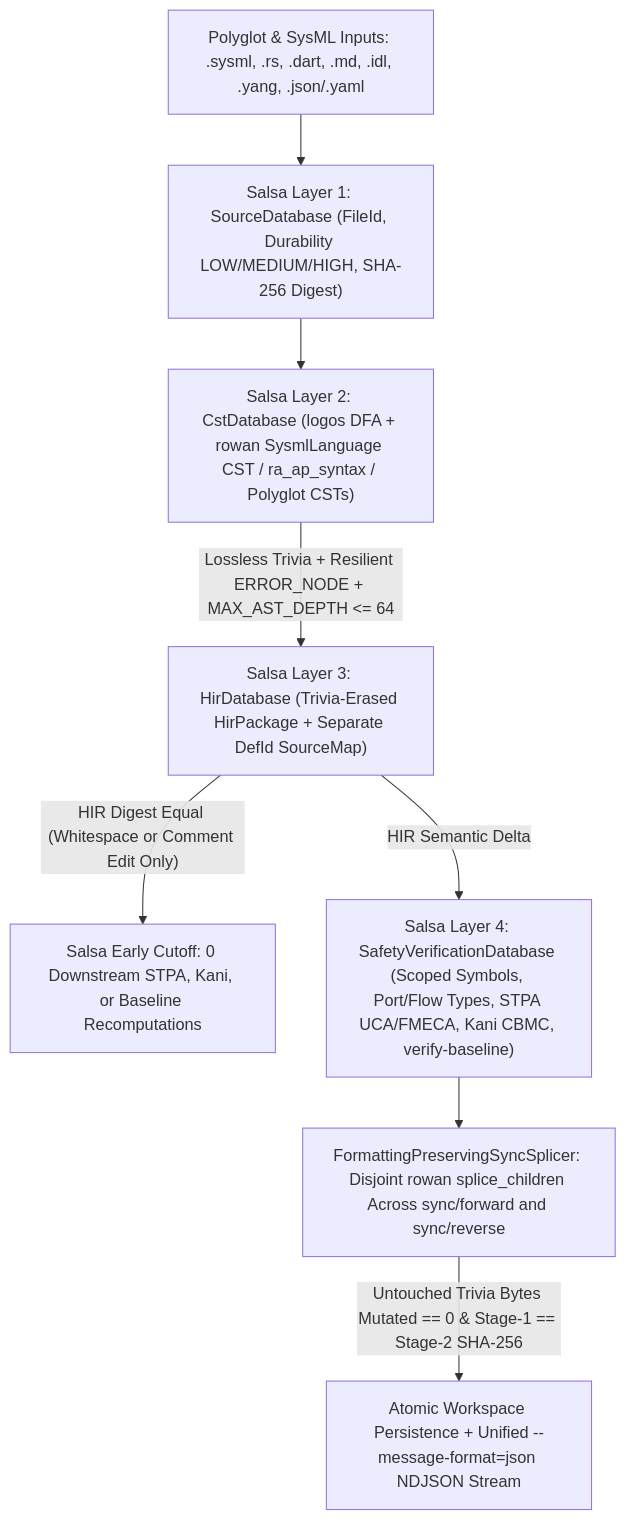
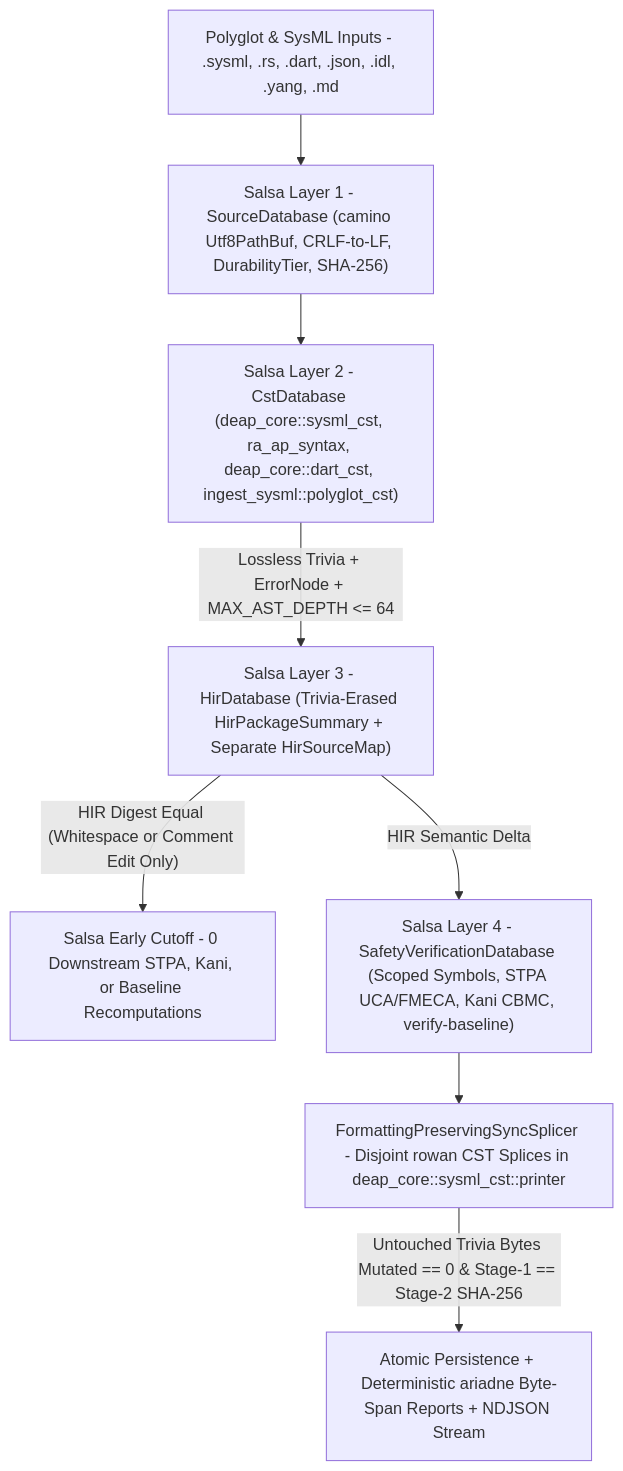
Before and after one commit to gintatkinson/DEAP01-spec-core: the third of 4 diagrams in docs/designs/blueprint-10-rowan-salsa-incremental-sysml-compiler.md, drawn with Mermaid. The commit also changed other lines of this file and 2 other files, not shown here.

Commit message:
docs(blueprints): refactor BP-10 onto rowan, salsa, ariadne, and polyglot CSTs

````diff
--- a/docs/designs/blueprint-10-rowan-salsa-incremental-sysml-compiler.md
+++ b/docs/designs/blueprint-10-rowan-salsa-incremental-sysml-compiler.md
@@ -151,10 +177,10 @@
 ```mermaid
 flowchart TD
-    A["Polyglot & SysML Inputs: .sysml, .rs, .dart, .md, .idl, .yang, .json/.yaml"] --> B["Salsa Layer 1: SourceDatabase (FileId, Durability LOW/MEDIUM/HIGH, SHA-256 Digest)"]
-    B --> C["Salsa Layer 2: CstDatabase (logos DFA + rowan SysmlLanguage CST / ra_ap_syntax / Polyglot CSTs)"]
-    C -->|"Lossless Trivia + Resilient ERROR_NODE + MAX_AST_DEPTH <= 64"| D["Salsa Layer 3: HirDatabase (Trivia-Erased HirPackage + Separate DefId SourceMap)"]
-    D -->|"HIR Digest Equal (Whitespace or Comment Edit Only)"| E["Salsa Early Cutoff: 0 Downstream STPA, Kani, or Baseline Recomputations"]
-    D -->|"HIR Semantic Delta"| F["Salsa Layer 4: SafetyVerificationDatabase (Scoped Symbols, Port/Flow Types, STPA UCA/FMECA, Kani CBMC, verify-baseline)"]
-    F --> G["FormattingPreservingSyncSplicer: Disjoint rowan splice_children Across sync/forward and sync/reverse"]
-    G -->|"Untouched Trivia Bytes Mutated == 0 & Stage-1 == Stage-2 SHA-256"| H["Atomic Workspace Persistence + Unified --message-format=json NDJSON Stream"]
+    A["Polyglot & SysML Inputs - .sysml, .rs, .dart, .json, .idl, .yang, .md"] --> B["Salsa Layer 1 - SourceDatabase (camino Utf8PathBuf, CRLF-to-LF, DurabilityTier, SHA-256)"]
+    B --> C["Salsa Layer 2 - CstDatabase (deap_core::sysml_cst, ra_ap_syntax, deap_core::dart_cst, ingest_sysml::polyglot_cst)"]
+    C -->|"Lossless Trivia + ErrorNode + MAX_AST_DEPTH <= 64"| D["Salsa Layer 3 - HirDatabase (Trivia-Erased HirPackageSummary + Separate HirSourceMap)"]
+    D -->|"HIR Digest Equal (Whitespace or Comment Edit Only)"| E["Salsa Early Cutoff - 0 Downstream STPA, Kani, or Baseline Recomputations"]
+    D -->|"HIR Semantic Delta"| F["Salsa Layer 4 - SafetyVerificationDatabase (Scoped Symbols, STPA UCA/FMECA, Kani CBMC, verify-baseline)"]
+    F --> G["FormattingPreservingSyncSplicer - Disjoint rowan CST Splices in deap_core::sysml_cst::printer"]
+    G -->|"Untouched Trivia Bytes Mutated == 0 & Stage-1 == Stage-2 SHA-256"| H["Atomic Persistence + Deterministic ariadne Byte-Span Reports + NDJSON Stream"]
 ```
````
